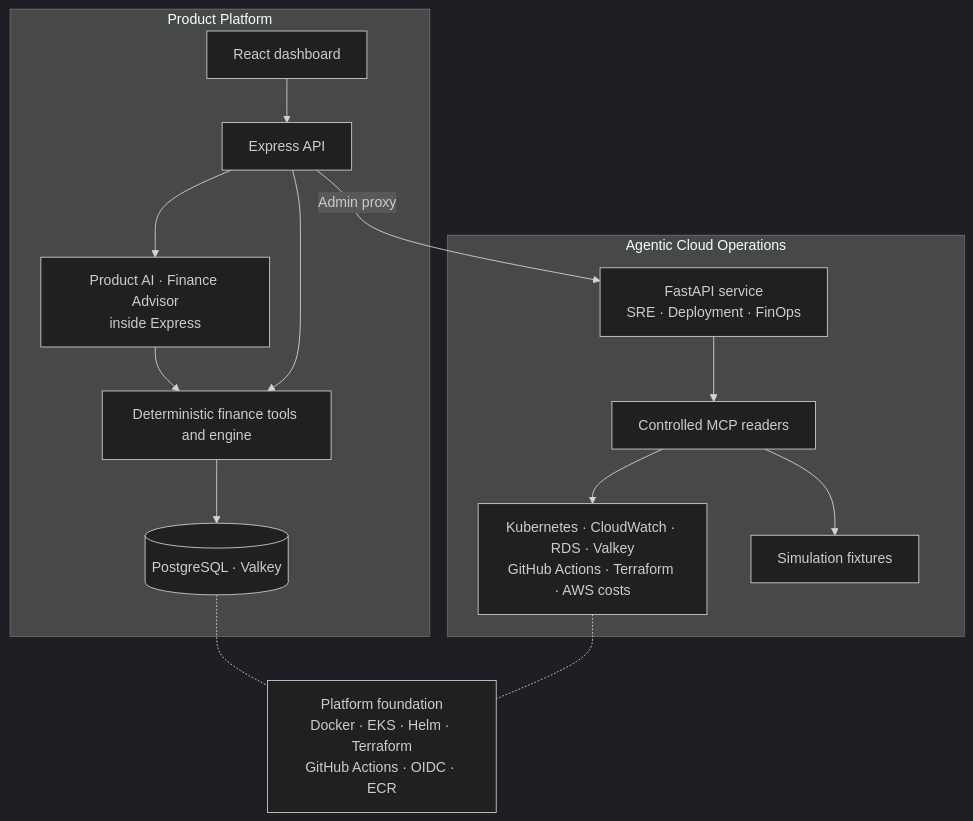
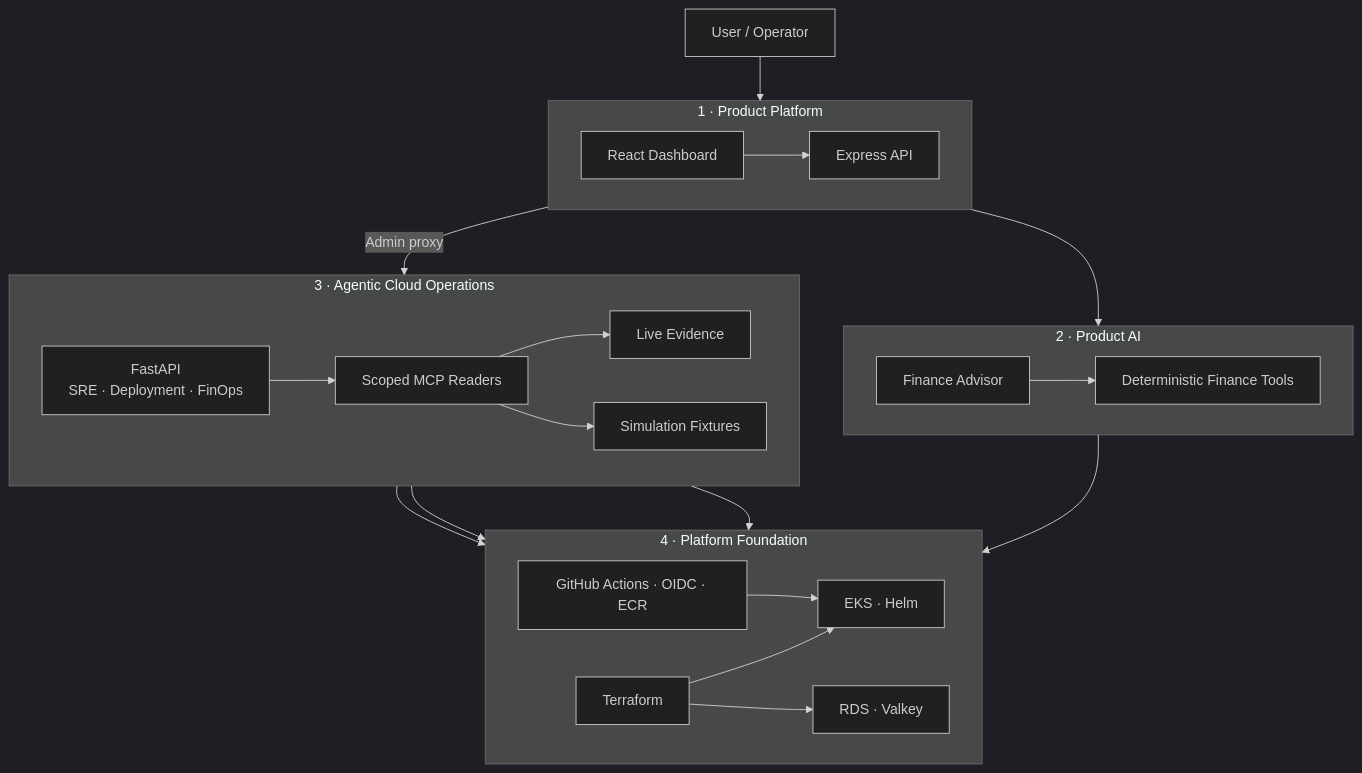
Before and after one commit to shashwat0912/FIN-AI: the diagram in README.md, drawn with Mermaid (dark theme). The commit also changed other lines of this file, not shown here.

Commit message:
docs: improve README architecture diagram readability (#28)

````diff
--- a/README.md
+++ b/README.md
@@ -25,28 +25,43 @@
 ```mermaid
 flowchart TB
-    subgraph Product["Product Platform"]
-        UI["React dashboard"]
-        API["Express API"]
-        Advisor["Product AI · Finance Advisor<br/>inside Express"]
-        Engine["Deterministic finance tools and engine"]
-        Data[("PostgreSQL · Valkey")]
-        UI --> API
-        API --> Advisor --> Engine --> Data
-        API --> Engine
+    User["User / Operator"]
+
+    subgraph Product["1 · Product Platform"]
+        direction LR
+        UI["React Dashboard"] --> API["Express API"]
     end
 
-    subgraph Ops["Agentic Cloud Operations"]
-        Agent["FastAPI service<br/>SRE · Deployment · FinOps"]
-        MCP["Controlled MCP readers"]
-        Sources["Kubernetes · CloudWatch · RDS · Valkey<br/>GitHub Actions · Terraform · AWS costs"]
-        Fixtures["Simulation fixtures"]
-        Agent --> MCP
-        MCP --> Sources
-        MCP --> Fixtures
+    subgraph ProductAI["2 · Product AI"]
+        direction LR
+        Advisor["Finance Advisor"] --> FinanceTools["Deterministic Finance Tools"]
     end
 
+    subgraph CloudOps["3 · Agentic Cloud Operations"]
+        direction LR
+        Agent["FastAPI<br/>SRE · Deployment · FinOps"] --> MCP["Scoped MCP Readers"]
+        MCP --> Live["Live Evidence"]
+        MCP --> Sim["Simulation Fixtures"]
+    end
+
+    subgraph Platform["4 · Platform Foundation"]
+        direction LR
+        Runtime["EKS · Helm"]
+        Data["RDS · Valkey"]
+        Delivery["GitHub Actions · OIDC · ECR"]
+        IaC["Terraform"]
+    end
+
+    User --> UI
+    API --> Advisor
     API -->|Admin proxy| Agent
-    Data -.- Foundation
-    Sources -.- Foundation
-    Foundation["Platform foundation<br/>Docker · EKS · Helm · Terraform<br/>GitHub Actions · OIDC · ECR"]
+
+    FinanceTools --> Data
+
+    Live --> Runtime
+    Live --> Data
+    Live --> Delivery
+
+    IaC --> Runtime
+    IaC --> Data
+    Delivery --> Runtime
 ```
````
